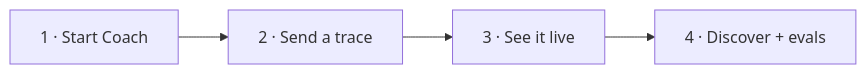
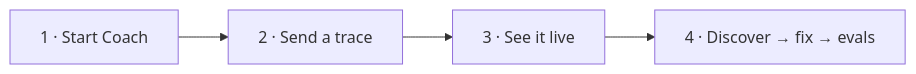
The diagram in GETTING_STARTED.md (glassray/glassray-coach), drawn with Mermaid before and after one commit. The commit also changed other lines of this file and 1 other file, not shown here.

````diff
--- a/GETTING_STARTED.md
+++ b/GETTING_STARTED.md
@@ -8,4 +7,4 @@
 ```mermaid
 flowchart LR
-  a["1 · Start Coach"] --> b["2 · Send a trace"] --> c["3 · See it live"] --> d["4 · Discover + evals"]
+  a["1 · Start Coach"] --> b["2 · Send a trace"] --> c["3 · See it live"] --> d["4 · Discover → fix → evals"]
 ```
````
